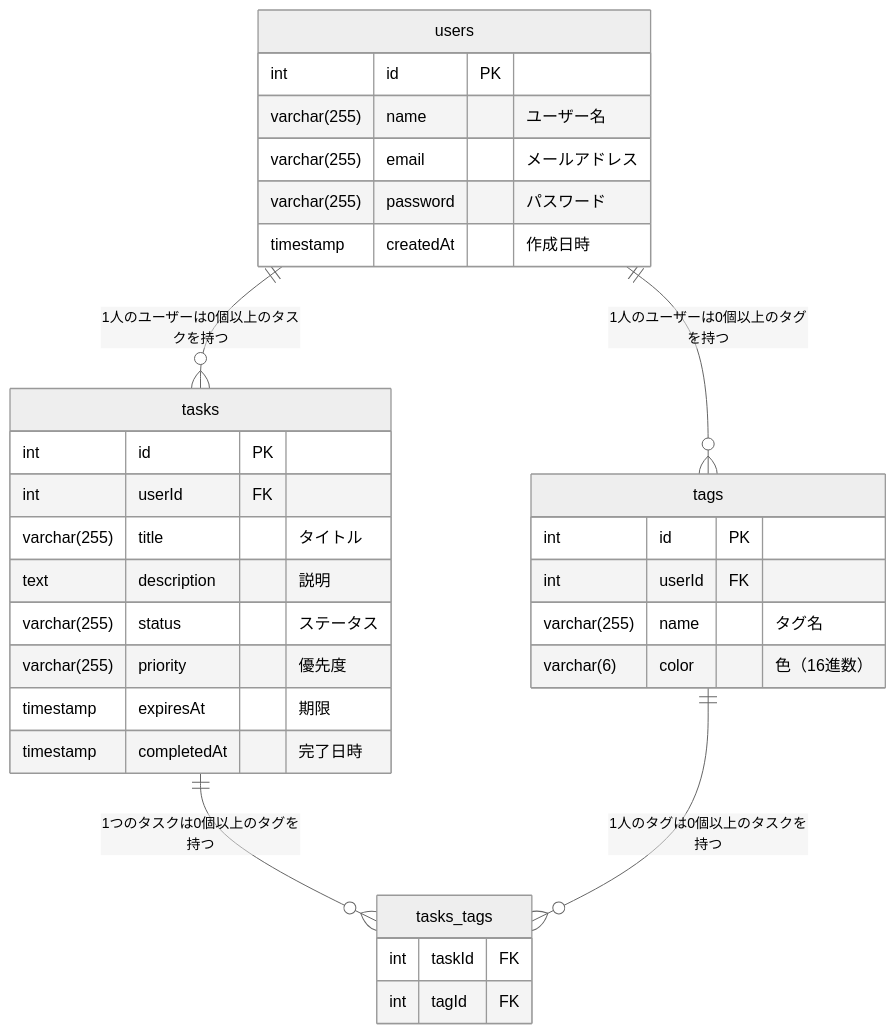
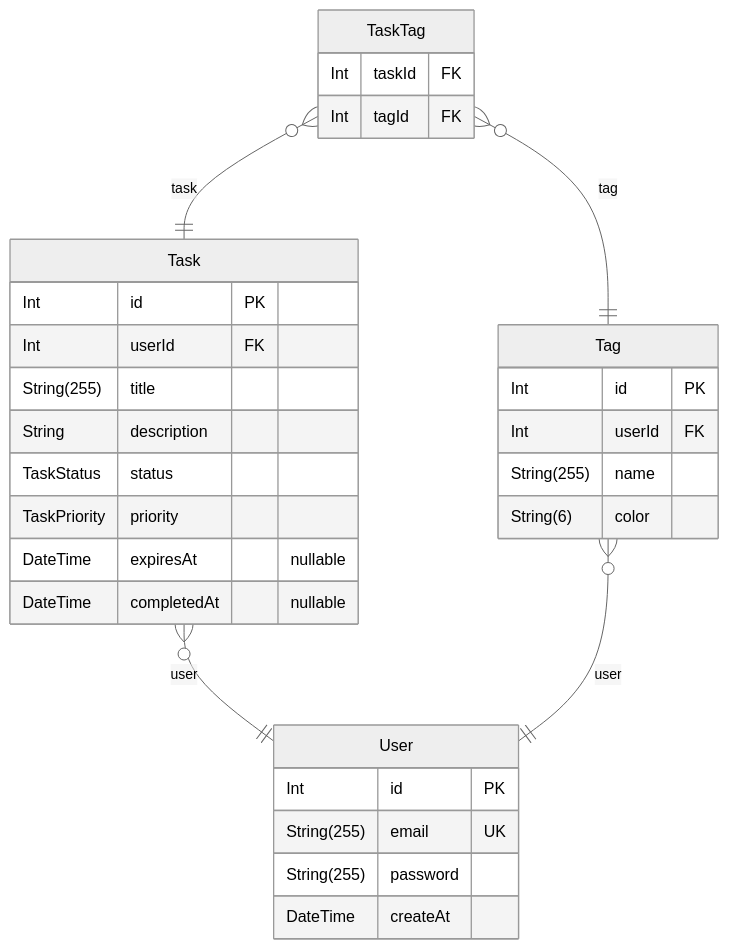
The diagram in ERD.md (otaotakahiro/todo-worker), drawn with Mermaid (neutral theme) before and after one commit. The commit also changed other lines of this file and 9 other files, not shown here.

Commit message:
#prismaをインストールしてNEONに接続できるようにした。schema.prismaファイルでmigrationした

````diff
--- a/ERD.md
+++ b/ERD.md
@@ -3,42 +9,33 @@
 ```mermaid
 erDiagram
-
-users ||--o{ tasks : "1人のユーザーは0個以上のタスクを持つ"
-tasks ||--o{ tasks_tags : "1つのタスクは0個以上のタグを持つ"
-tags ||--o{ tasks_tags : "1人のタグは0個以上のタスクを持つ"
-users ||--o{ tags : "1人のユーザーは0個以上のタグを持つ"
-
-users {
-  int id PK
-  varchar(255) name "ユーザー名"
-  varchar(255) email "メールアドレス"
-  varchar(255) password "パスワード"
-  timestamp createdAt "作成日時"
+"User" {
+  Int id PK
+  String(255) email UK
+  String(255) password
+  DateTime createAt
 }
-
-tasks {
-  int id PK
-  int userId FK
-  varchar(255) title "タイトル"
-  text description "説明"
-  varchar(255) status "ステータス"
-  varchar(255) priority "優先度"
-  timestamp expiresAt "期限"
-  timestamp completedAt "完了日時"
+"Task" {
+  Int id PK
+  Int userId FK
+  String(255) title
+  String description
+  TaskStatus status
+  TaskPriority priority
+  DateTime expiresAt "nullable"
+  DateTime completedAt "nullable"
 }
-
-tags {
-  int id PK
-  int userId FK
-  varchar(255) name "タグ名"
-  varchar(6) color "色（16進数）"
+"Tag" {
+  Int id PK
+  Int userId FK
+  String(255) name
+  String(6) color
 }
-
-tasks_tags {
-  int taskId FK
-  int tagId FK
+"TaskTag" {
+  Int taskId FK
+  Int tagId FK
 }
-
-
-
+"Task" }o--|| "User" : user
+"Tag" }o--|| "User" : user
+"TaskTag" }o--|| "Task" : task
+"TaskTag" }o--|| "Tag" : tag
 ```
````
